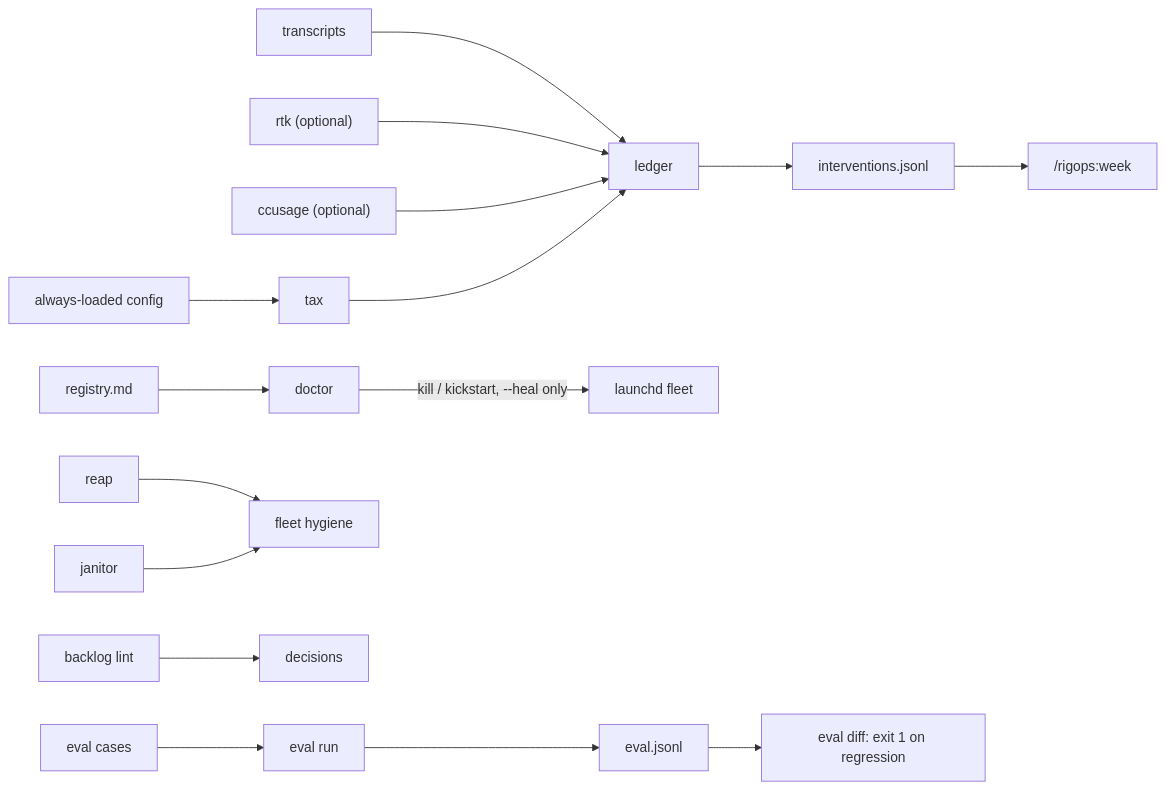
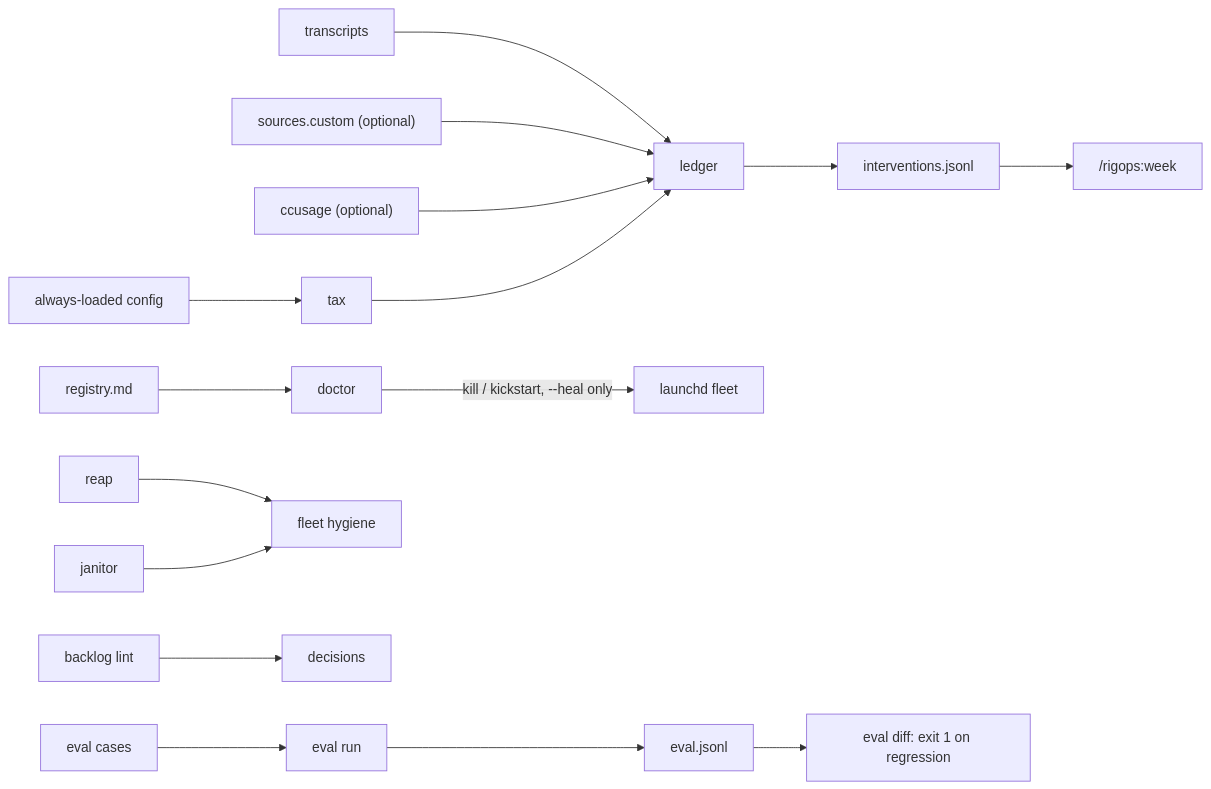
One commit to xantorres/rigops changed the diagram in README.md. Above: the diagram before and after it, drawn with Mermaid. The commit also changed other lines of this file, not shown here.

````diff
--- a/README.md
+++ b/README.md
@@ -46,22 +100,22 @@
 ```mermaid
 flowchart LR
     transcripts --> ledger
-    rtk["rtk (optional)"] --> ledger
+    custom["sources.custom (optional)"] --> ledger
     ccusage["ccusage (optional)"] --> ledger
     fixedcfg["always-loaded config"] --> tax
     tax --> ledger
     ledger --> interventions["interventions.jsonl"]
     interventions --> review["/rigops:week"]
 
     registry["registry.md"] --> doctor
     doctor -->|"kill / kickstart, --heal only"| fleet["launchd fleet"]
 
     reap --> hygiene["fleet hygiene"]
     janitor --> hygiene
 
     lint["backlog lint"] --> decisions
 
     cases["eval cases"] --> evalrun["eval run"]
     evalrun --> results["eval.jsonl"]
     results --> gate["eval diff: exit 1 on regression"]
 ```
````
